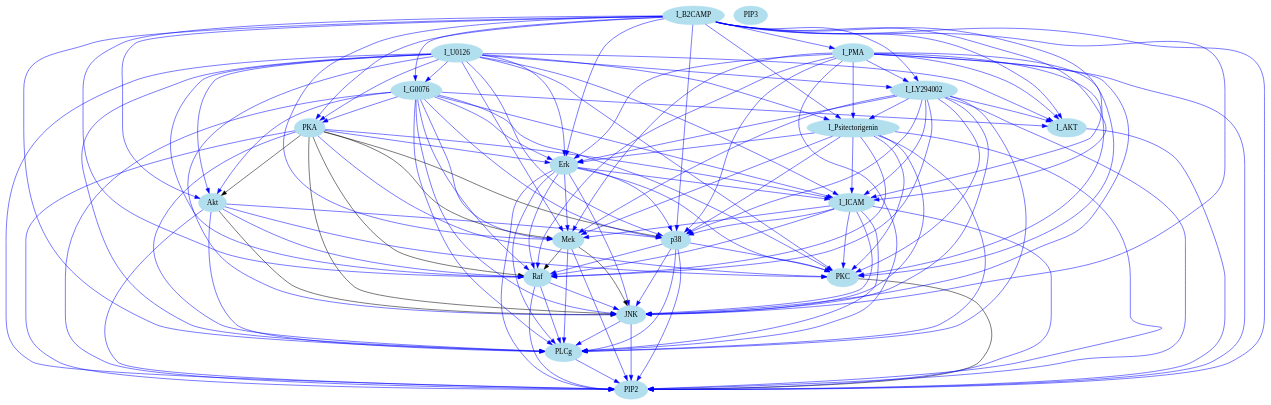
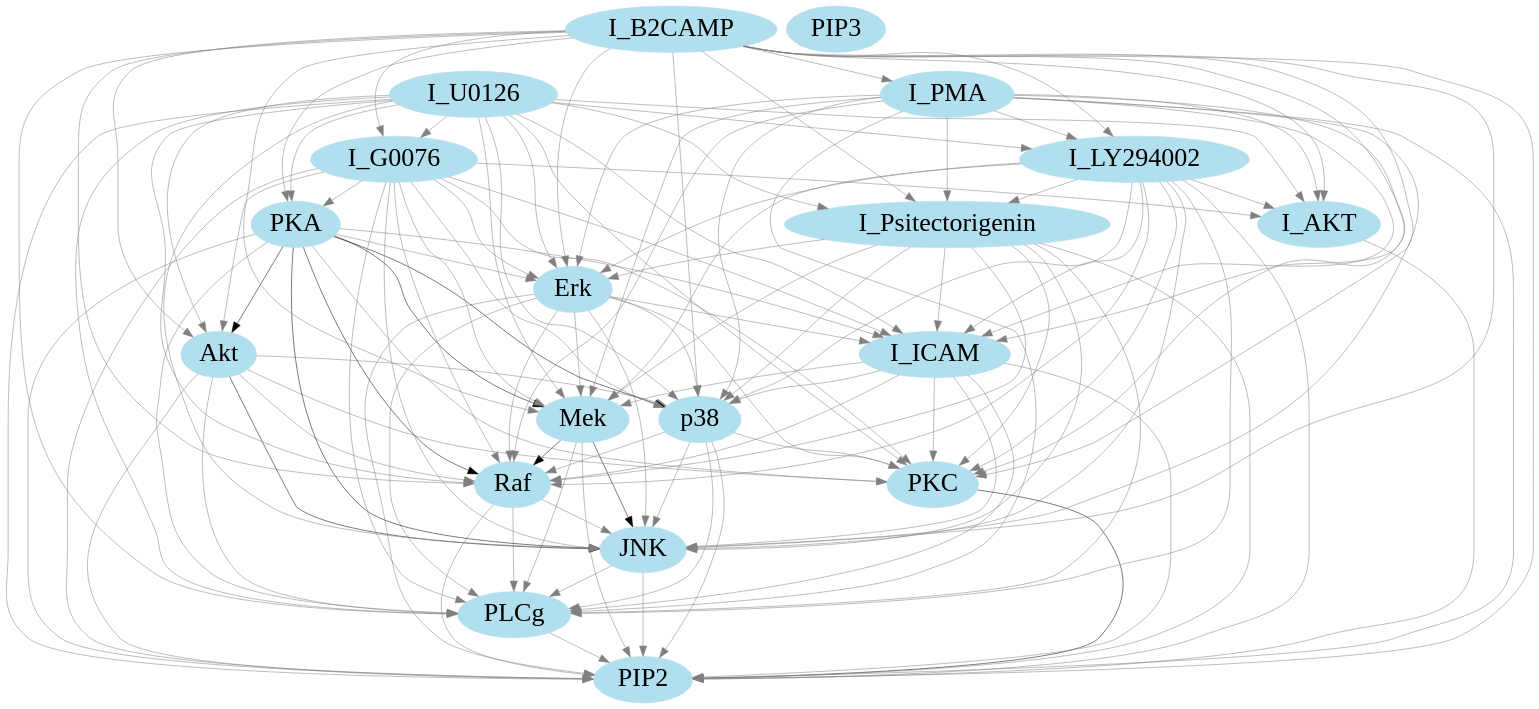
Before and after one commit to regenworm/aci: the diagram in R/jci/results/sachs/sachsAncGraph_bootstrap0_priorFALSEgfci.dot, drawn with Graphviz. The commit also changed 18 other files, not shown here.

```diff
--- a/R/jci/results/sachs/sachsAncGraph_bootstrap0_priorFALSEgfci.dot
+++ b/R/jci/results/sachs/sachsAncGraph_bootstrap0_priorFALSEgfci.dot
@@ -1,146 +1,146 @@
 digraph ofzo {
-node [color=lightblue2, style=filled];
-edge [color=blue];
+node [color=lightblue2, style=filled, fontsize=50];
+edge [color=grey, arrowsize=2];
 "Raf";
 "Mek";
 "PLCg";
 "PIP2";
 "PIP3";
 "Erk";
 "Akt";
 "PKA";
 "PKC";
 "p38";
 "JNK";
 "I_ICAM";
 "I_AKT";
 "I_G0076";
 "I_Psitectorigenin";
 "I_U0126";
 "I_LY294002";
 "I_PMA";
 "I_B2CAMP";
 "Raf" -> "PLCg" ;
 "Raf" -> "PIP2" ;
 "Raf" -> "JNK" ;
 "Mek" -> "Raf" [color=black];
 "Mek" -> "PLCg" ;
 "Mek" -> "PIP2" ;
 "Mek" -> "JNK" [color=black];
 "PLCg" -> "PIP2" ;
 "Erk" -> "Raf" ;
 "Erk" -> "Mek" ;
 "Erk" -> "PLCg" ;
 "Erk" -> "PIP2" ;
 "Erk" -> "PKC" ;
 "Erk" -> "p38" ;
 "Erk" -> "JNK" ;
 "Erk" -> "I_ICAM" ;
 "Akt" -> "Raf" ;
 "Akt" -> "PLCg" ;
 "Akt" -> "PIP2" ;
 "Akt" -> "PKC" ;
 "Akt" -> "p38" ;
 "Akt" -> "JNK" [color=black];
 "PKA" -> "Raf" [color=black];
 "PKA" -> "Mek" [color=black];
 "PKA" -> "PLCg" ;
 "PKA" -> "PIP2" ;
 "PKA" -> "Erk" ;
 "PKA" -> "Akt" [color=black];
 "PKA" -> "PKC" ;
 "PKA" -> "p38" [color=black];
 "PKA" -> "JNK" [color=black];
 "PKA" -> "I_ICAM" ;
 "PKC" -> "PIP2" [color=black];
 "p38" -> "Raf" ;
 "p38" -> "PLCg" ;
 "p38" -> "PIP2" ;
 "p38" -> "PKC" ;
 "p38" -> "JNK" ;
 "JNK" -> "PLCg" ;
 "JNK" -> "PIP2" ;
 "I_ICAM" -> "Raf" ;
 "I_ICAM" -> "Mek" ;
 "I_ICAM" -> "PLCg" ;
 "I_ICAM" -> "PIP2" ;
 "I_ICAM" -> "PKC" ;
 "I_ICAM" -> "p38" ;
 "I_ICAM" -> "JNK" ;
 "I_AKT" -> "PIP2" ;
 "I_G0076" -> "Raf" ;
 "I_G0076" -> "Mek" ;
 "I_G0076" -> "PLCg" ;
 "I_G0076" -> "PIP2" ;
 "I_G0076" -> "Erk" ;
 "I_G0076" -> "Akt" ;
 "I_G0076" -> "PKA" ;
 "I_G0076" -> "PKC" ;
 "I_G0076" -> "p38" ;
 "I_G0076" -> "JNK" ;
 "I_G0076" -> "I_ICAM" ;
 "I_G0076" -> "I_AKT" ;
 "I_Psitectorigenin" -> "Raf" ;
 "I_Psitectorigenin" -> "Mek" ;
 "I_Psitectorigenin" -> "PLCg" ;
 "I_Psitectorigenin" -> "PIP2" ;
 "I_Psitectorigenin" -> "Erk" ;
 "I_Psitectorigenin" -> "PKC" ;
 "I_Psitectorigenin" -> "p38" ;
 "I_Psitectorigenin" -> "JNK" ;
 "I_Psitectorigenin" -> "I_ICAM" ;
 "I_U0126" -> "Raf" ;
 "I_U0126" -> "Mek" ;
 "I_U0126" -> "PLCg" ;
 "I_U0126" -> "PIP2" ;
 "I_U0126" -> "Erk" ;
 "I_U0126" -> "Akt" ;
 "I_U0126" -> "PKA" ;
 "I_U0126" -> "PKC" ;
 "I_U0126" -> "p38" ;
 "I_U0126" -> "JNK" ;
 "I_U0126" -> "I_ICAM" ;
 "I_U0126" -> "I_AKT" ;
 "I_U0126" -> "I_G0076" ;
 "I_U0126" -> "I_Psitectorigenin" ;
 "I_U0126" -> "I_LY294002" ;
 "I_LY294002" -> "Raf" ;
 "I_LY294002" -> "Mek" ;
 "I_LY294002" -> "PLCg" ;
 "I_LY294002" -> "PIP2" ;
 "I_LY294002" -> "Erk" ;
 "I_LY294002" -> "PKC" ;
 "I_LY294002" -> "p38" ;
 "I_LY294002" -> "JNK" ;
 "I_LY294002" -> "I_ICAM" ;
 "I_LY294002" -> "I_AKT" ;
 "I_LY294002" -> "I_Psitectorigenin" ;
 "I_PMA" -> "Raf" ;
 "I_PMA" -> "Mek" ;
 "I_PMA" -> "PLCg" ;
 "I_PMA" -> "PIP2" ;
 "I_PMA" -> "Erk" ;
 "I_PMA" -> "PKC" ;
 "I_PMA" -> "p38" ;
 "I_PMA" -> "JNK" ;
 "I_PMA" -> "I_ICAM" ;
 "I_PMA" -> "I_AKT" ;
 "I_PMA" -> "I_Psitectorigenin" ;
 "I_PMA" -> "I_LY294002" ;
 "I_B2CAMP" -> "Raf" ;
 "I_B2CAMP" -> "Mek" ;
 "I_B2CAMP" -> "PLCg" ;
 "I_B2CAMP" -> "PIP2" ;
 "I_B2CAMP" -> "Erk" ;
 "I_B2CAMP" -> "Akt" ;
 "I_B2CAMP" -> "PKA" ;
 "I_B2CAMP" -> "PKC" ;
 "I_B2CAMP" -> "p38" ;
 "I_B2CAMP" -> "JNK" ;
 "I_B2CAMP" -> "I_ICAM" ;
 "I_B2CAMP" -> "I_AKT" ;
 "I_B2CAMP" -> "I_G0076" ;
 "I_B2CAMP" -> "I_Psitectorigenin" ;
 "I_B2CAMP" -> "I_LY294002" ;
 "I_B2CAMP" -> "I_PMA" ;
 }
```
